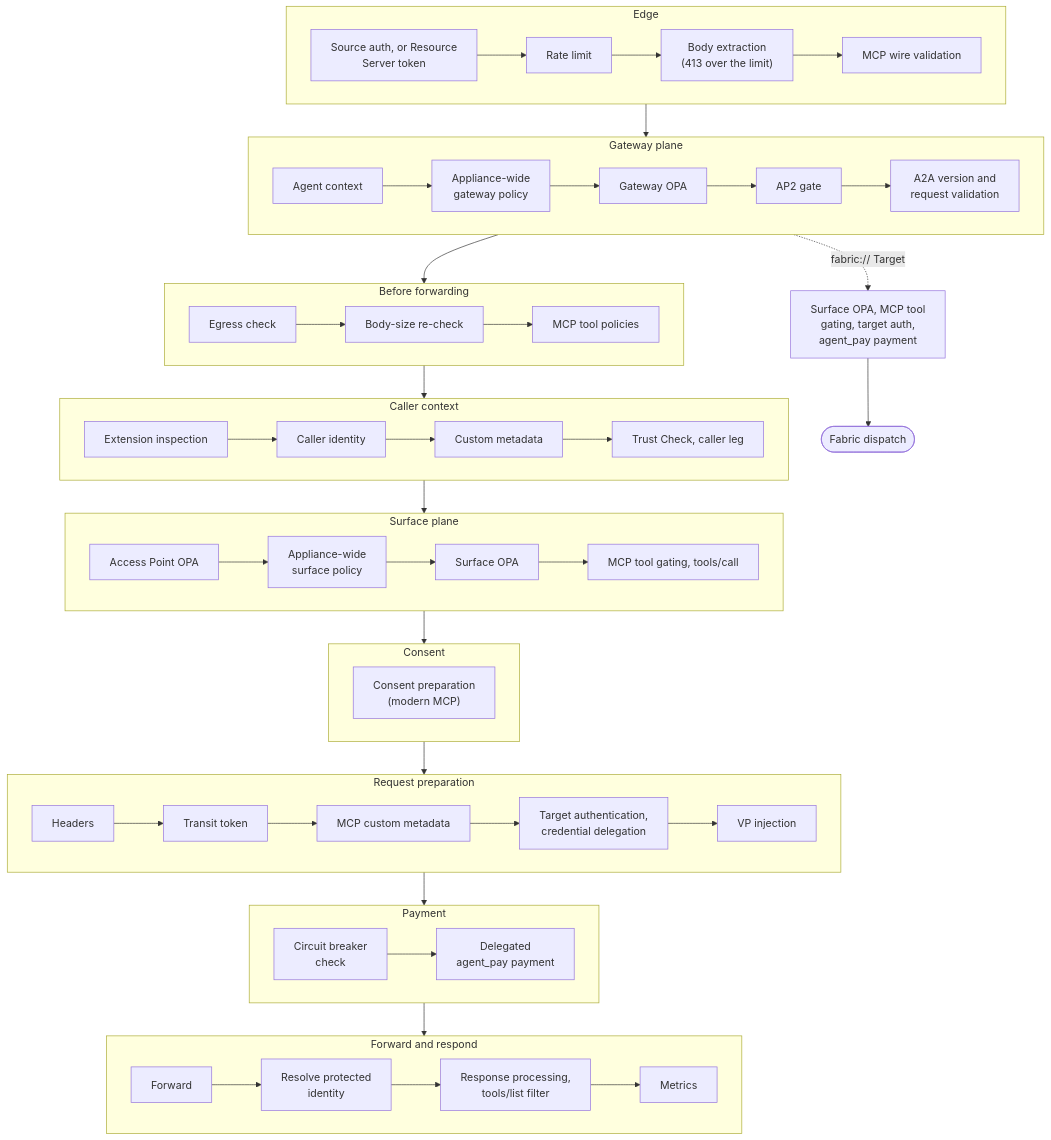
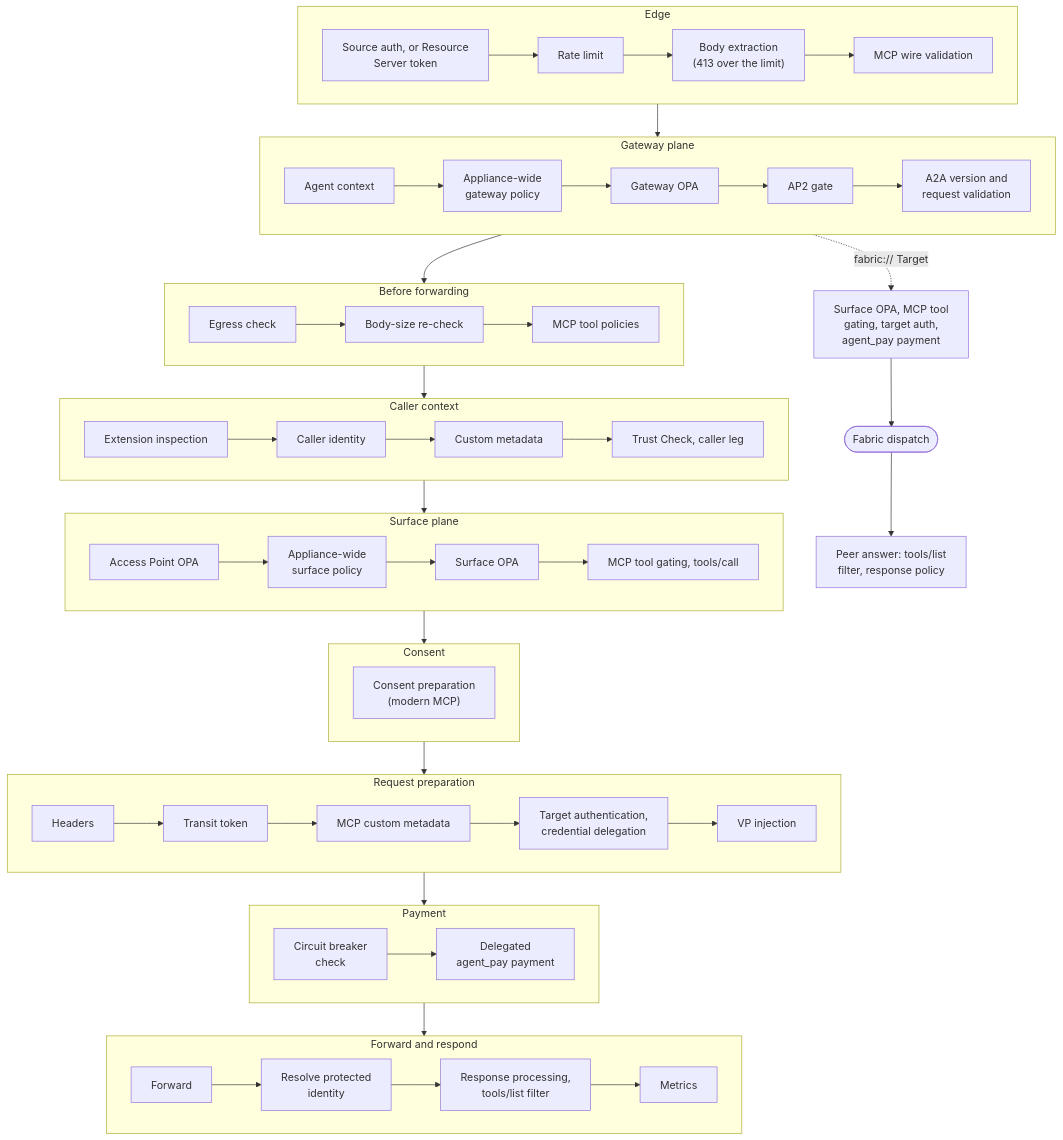
One commit to affinidi-ai/agent-gateway changed the first of 4 diagrams in ARCHITECTURE.md. Above: the diagram before and after it, drawn with Mermaid. The commit also changed other lines of this file and 17 other files, not shown here.

First line of the commit message:
fix: check relayed peer bodies and strip buffered event streams for the response policy

````diff
--- a/ARCHITECTURE.md
+++ b/ARCHITECTURE.md
@@ -93,41 +93,41 @@
 ```mermaid
 flowchart TB
     subgraph E["Edge"]
         direction LR
         A1["Source auth, or Resource<br/>Server token"] --> A2[Rate limit] --> A3["Body extraction<br/>(413 over the limit)"] --> A4[MCP wire validation]
     end
     subgraph G["Gateway plane"]
         direction LR
         B0[Agent context] --> B1["Appliance-wide<br/>gateway policy"] --> B2[Gateway OPA] --> B3[AP2 gate] --> B4["A2A version and<br/>request validation"]
     end
     subgraph P["Before forwarding"]
         direction LR
         P1[Egress check] --> P2[Body-size re-check] --> P4[MCP tool policies]
     end
     subgraph C["Caller context"]
         direction LR
         C1[Extension inspection] --> C2[Caller identity] --> C3[Custom metadata] --> C4["Trust Check, caller leg"]
     end
     subgraph S["Surface plane"]
         direction LR
         D1[Access Point OPA] --> D2["Appliance-wide<br/>surface policy"] --> D3[Surface OPA] --> D4["MCP tool gating, tools/call"]
     end
     subgraph Y["Consent"]
         direction LR
         Y1["Consent preparation<br/>(modern MCP)"]
     end
     subgraph O["Request preparation"]
         direction LR
         O1[Headers] --> O2[Transit token] --> O3[MCP custom metadata] --> O4["Target authentication,<br/>credential delegation"] --> O5[VP injection]
     end
     subgraph Z["Payment"]
         direction LR
         Z1["Circuit breaker<br/>check"] --> Z2["Delegated<br/>agent_pay payment"]
     end
     subgraph F["Forward and respond"]
         direction LR
         F1[Forward] --> F2["Resolve protected<br/>identity"] --> F3["Response processing,<br/>tools/list filter"] --> F4[Metrics]
     end
     E --> G --> P --> C --> S --> Y --> O --> Z --> F
-    B4 -. fabric:// Target .-> FP["Surface OPA, MCP tool<br/>gating, target auth,<br/>agent_pay payment"] --> FB([Fabric dispatch])
+    B4 -. fabric:// Target .-> FP["Surface OPA, MCP tool<br/>gating, target auth,<br/>agent_pay payment"] --> FB([Fabric dispatch]) --> FR["Peer answer: tools/list<br/>filter, response policy"]
 ```
````
